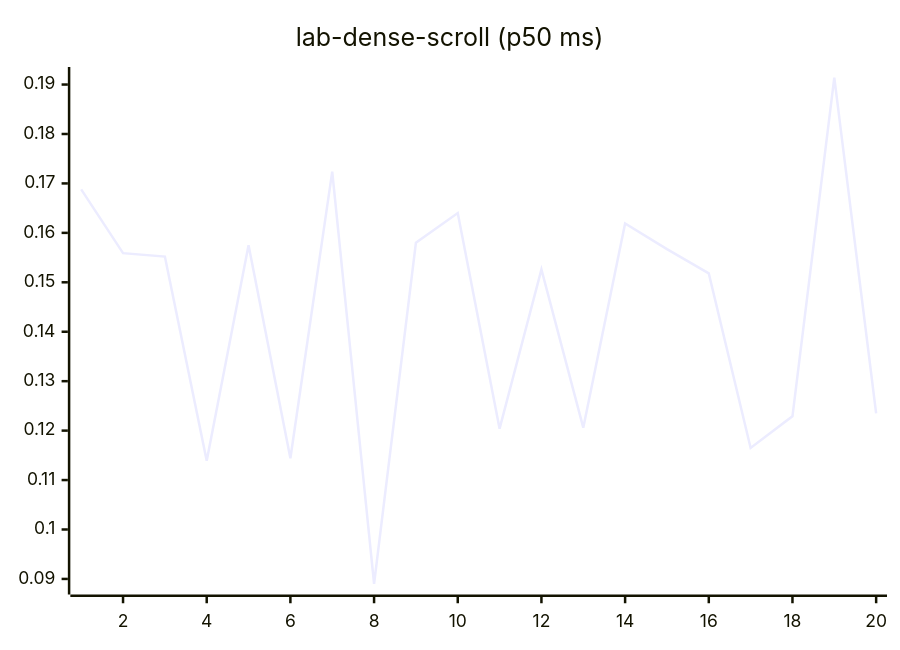
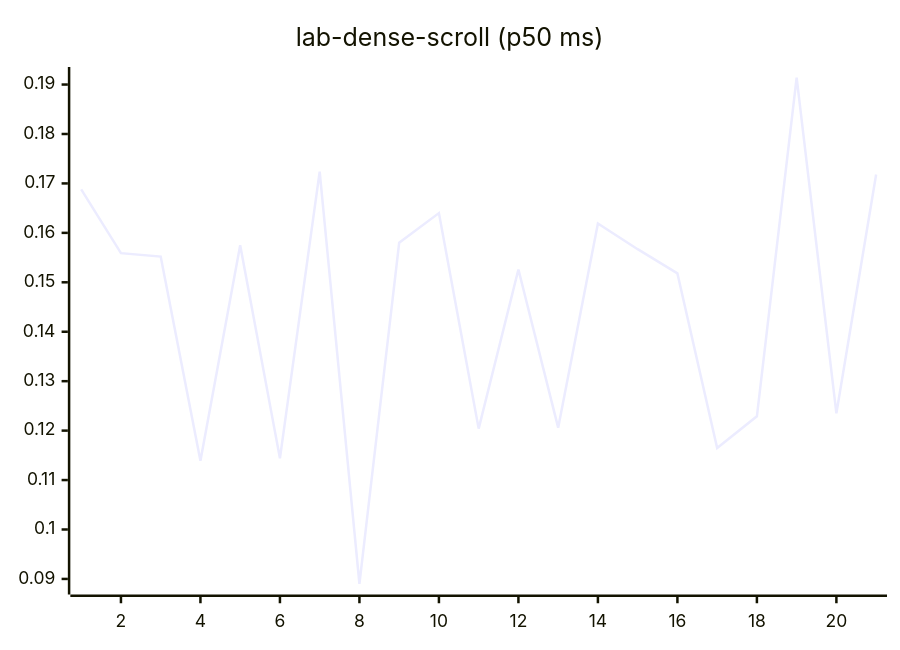
One commit to josha/Facet changed diagram 12 of 27 in README.md. Above: the diagram before and after it, drawn with Mermaid. The commit also changed other lines of this file and 2 other files, not shown here.

````diff
--- a/README.md
+++ b/README.md
@@ -140,6 +140,6 @@
 ```mermaid
 xychart-beta
     title "lab-dense-scroll (p50 ms)"
-    x-axis 1 --> 20
-    line [0.1688, 0.1559, 0.1552, 0.1139, 0.1575, 0.1144, 0.1724, 0.0890, 0.1580, 0.1640, 0.1204, 0.1526, 0.1206, 0.1619, 0.1567, 0.1518, 0.1165, 0.1229, 0.1914, 0.1235]
+    x-axis 1 --> 21
+    line [0.1688, 0.1559, 0.1552, 0.1139, 0.1575, 0.1144, 0.1724, 0.0890, 0.1580, 0.1640, 0.1204, 0.1526, 0.1206, 0.1619, 0.1567, 0.1518, 0.1165, 0.1229, 0.1914, 0.1235, 0.1718]
 ```
````
